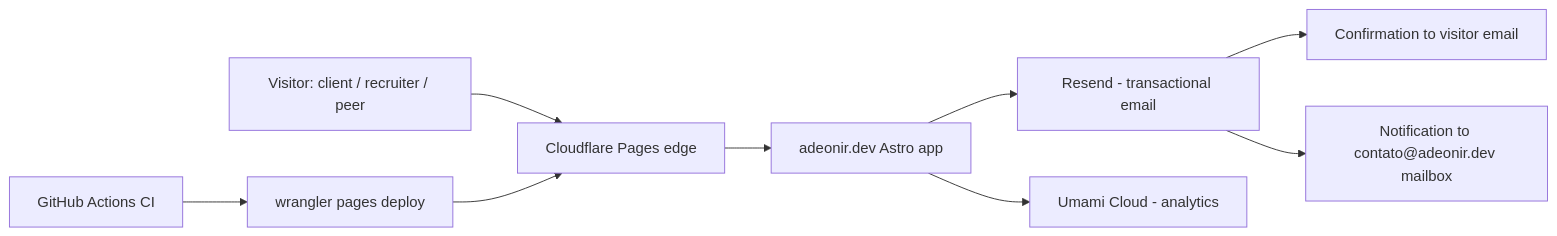
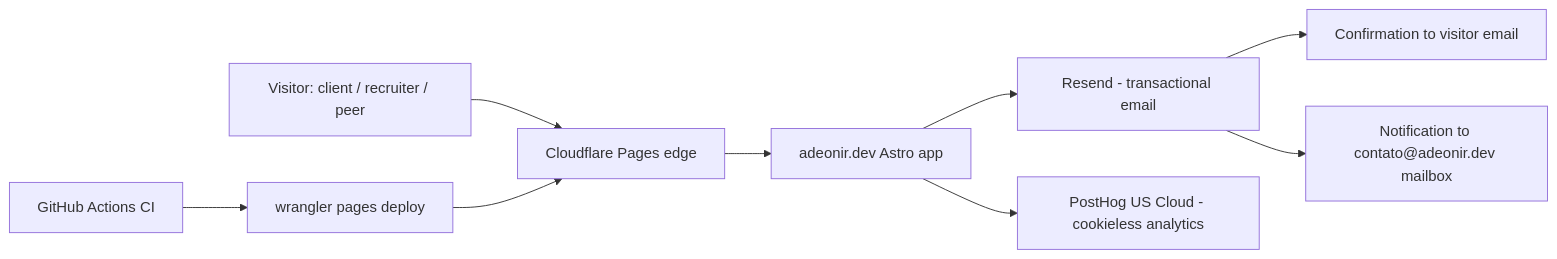
The second of 3 diagrams in docs/tech/design.md (adeonir/adeonir.dev), drawn with Mermaid before and after one commit. The commit also changed other lines of this file, not shown here.

First line of the commit message:
docs: replace umami with posthog in design doc

````diff
--- a/docs/tech/design.md
+++ b/docs/tech/design.md
@@ -100,10 +102,10 @@
 ```mermaid
 flowchart LR
   Visitor[Visitor: client / recruiter / peer] --> CF[Cloudflare Pages edge]
   CF --> App[adeonir.dev Astro app]
   App --> Resend[Resend - transactional email]
   Resend --> Submitter[Confirmation to visitor email]
   Resend --> Inbox[Notification to contato@adeonir.dev mailbox]
-  App --> Umami[Umami Cloud - analytics]
+  App --> PostHog[PostHog US Cloud - cookieless analytics]
   GH[GitHub Actions CI] --> Deploy[wrangler pages deploy] --> CF
 ```
````
